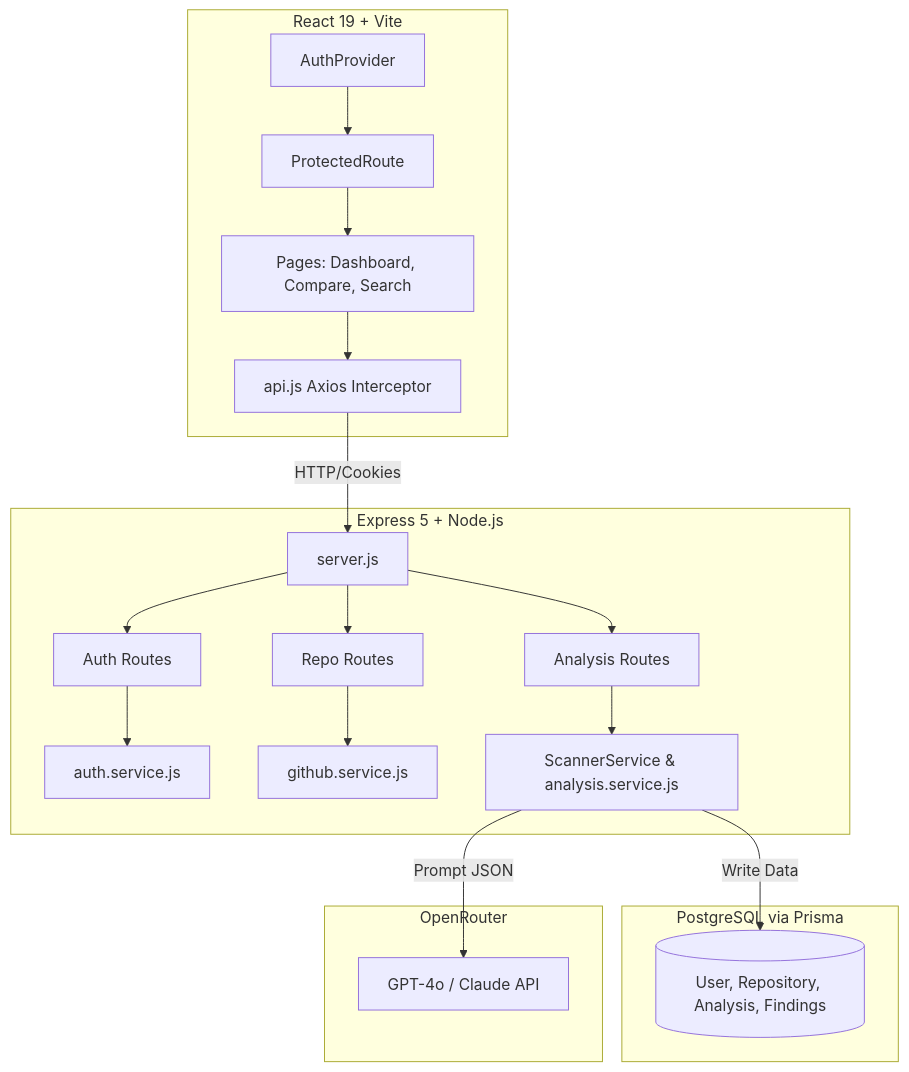
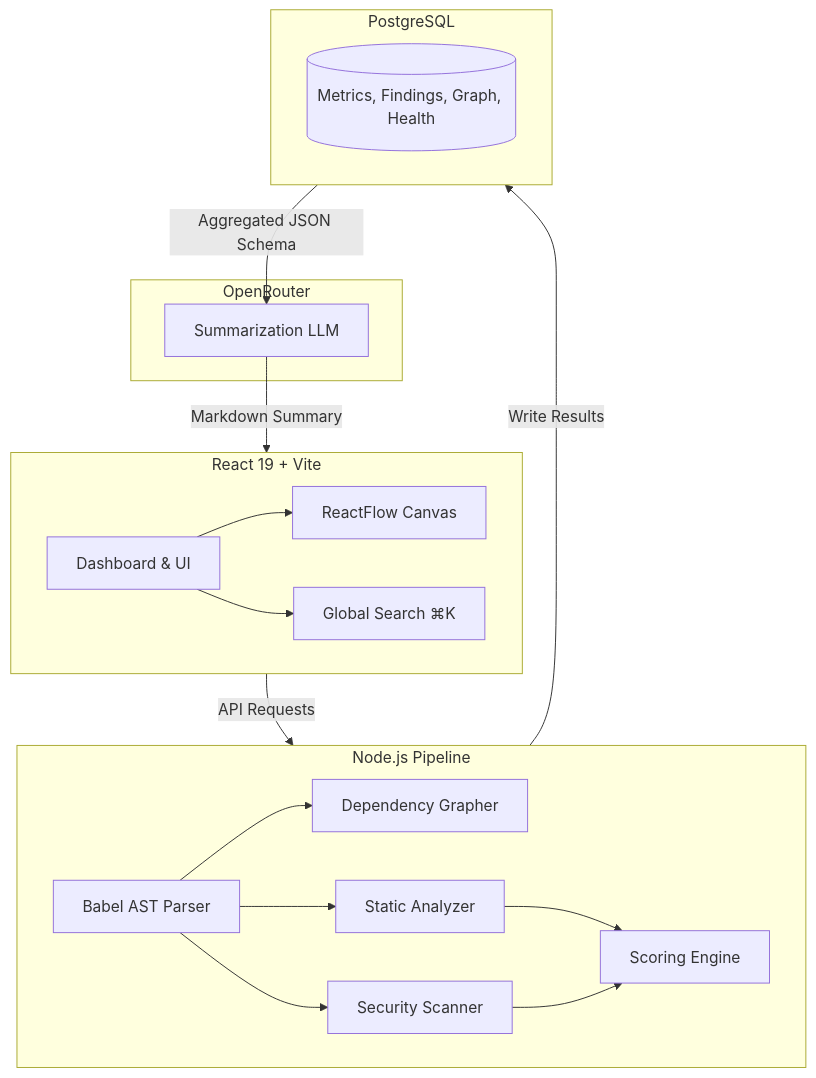
Before and after one commit to adtshrm007/RepoLens: the diagram in README.md, drawn with Mermaid. The commit also changed other lines of this file, not shown here.

````diff
--- a/README.md
+++ b/README.md
@@ -108,30 +112,28 @@
 ```mermaid
 graph TD
     subgraph Client [React 19 + Vite]
-        A[AuthProvider] --> B[ProtectedRoute]
-        B --> C[Pages: Dashboard, Compare, Search]
-        C --> D[api.js Axios Interceptor]
+        A[Dashboard & UI] --> B[ReactFlow Canvas]
+        A --> C[Global Search ⌘K]
     end
 
-    subgraph Server [Express 5 + Node.js]
-        E[server.js] --> F[Auth Routes]
-        E --> G[Repo Routes]
-        E --> H[Analysis Routes]
-        
-        F --> I[auth.service.js]
-        G --> J[github.service.js]
-        H --> K[ScannerService & analysis.service.js]
+    subgraph Engines [Node.js Pipeline]
+        D[Babel AST Parser] --> E[Dependency Grapher]
+        D --> F[Static Analyzer]
+        D --> G[Security Scanner]
+        F --> H[Scoring Engine]
+        G --> H
     end
 
-    subgraph Database [PostgreSQL via Prisma]
-        L[(User, Repository, Analysis, Findings)]
+    subgraph Database [PostgreSQL]
+        I[(Metrics, Findings, Graph, Health)]
     end
     
     subgraph AI [OpenRouter]
-        M[GPT-4o / Claude API]
+        J[Summarization LLM]
     end
 
-    D -- HTTP/Cookies --> E
-    K -- Write Data --> L
-    K -- Prompt JSON --> M
+    Client -- API Requests --> Engines
+    Engines -- Write Results --> Database
+    Database -- Aggregated JSON Schema --> J
+    J -- Markdown Summary --> Client
 ```
````
